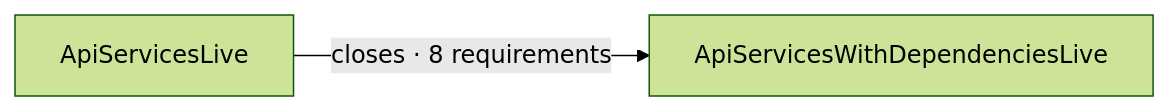
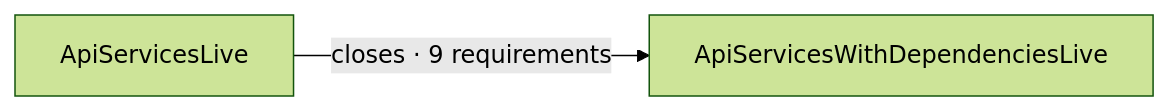
Before and after one commit to reeddunkle/fellowship-run-tracker: the diagram in docs/architecture/analysis/service-bundle-requirement-reductions.mmd, drawn with Mermaid (forest theme). The commit also changed 11 other files, not shown here.

```diff
--- a/docs/architecture/analysis/service-bundle-requirement-reductions.mmd
+++ b/docs/architecture/analysis/service-bundle-requirement-reductions.mmd
@@ -1,4 +1,4 @@
 flowchart LR
   ApiServicesLive["ApiServicesLive"]
   ApiServicesWithDependenciesLive["ApiServicesWithDependenciesLive"]
-  ApiServicesLive -->|"closes · 8 requirements"| ApiServicesWithDependenciesLive
+  ApiServicesLive -->|"closes · 9 requirements"| ApiServicesWithDependenciesLive
```
